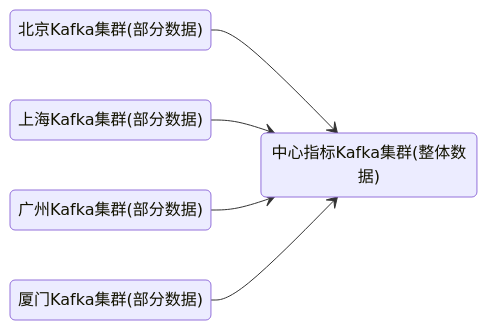
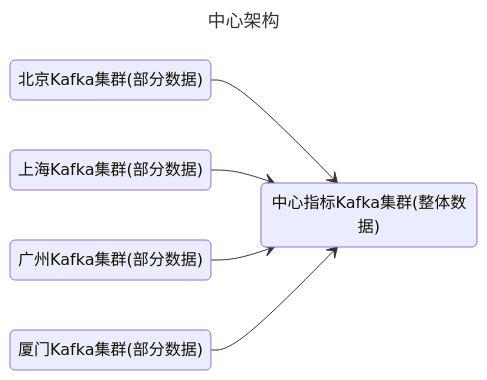
Before and after one commit to 0xcaffebabe/note: the sixth of 12 diagrams in doc/中间件/消息队列/Kafka/Kafka.md, drawn with Mermaid. The commit also changed other lines of this file and 11 other files, not shown here.

````diff
--- a/doc/中间件/消息队列/Kafka/Kafka.md
+++ b/doc/中间件/消息队列/Kafka/Kafka.md
@@ -625,8 +599,11 @@
 ```mermaid
+---
+title: 中心架构
+---
 stateDiagram-v2
   direction LR
   北京Kafka集群(部分数据) --> 中心指标Kafka集群(整体数据)
   上海Kafka集群(部分数据) --> 中心指标Kafka集群(整体数据)
   广州Kafka集群(部分数据) --> 中心指标Kafka集群(整体数据)
   厦门Kafka集群(部分数据) --> 中心指标Kafka集群(整体数据)
 ```
````
